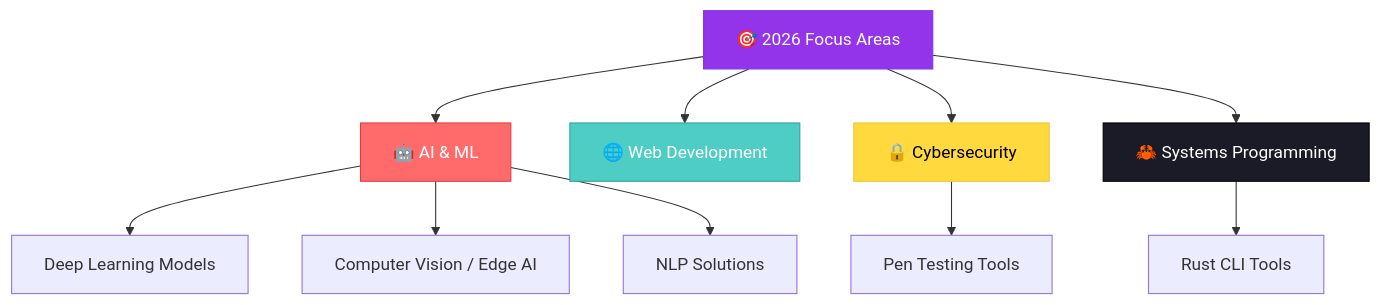
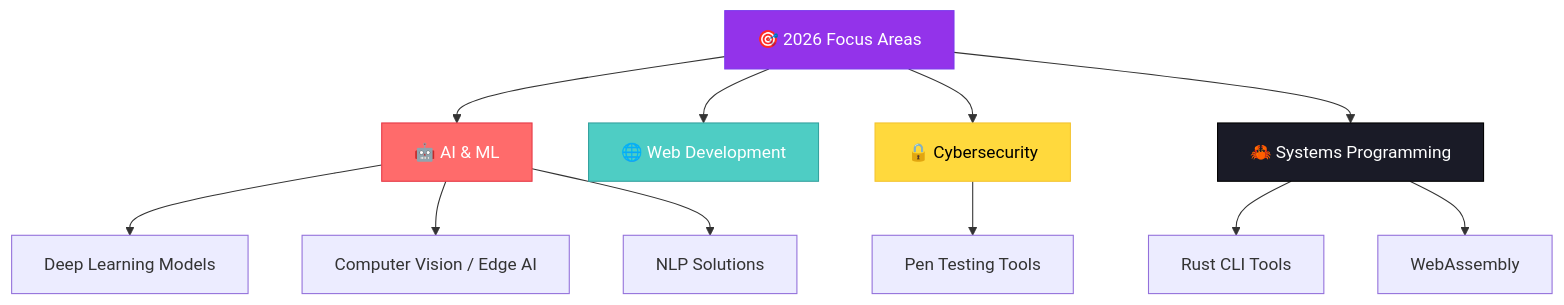
One commit to Ali-hey-0/Ali-hey-0 changed the diagram in README.md. Above: the diagram before and after it, drawn with Mermaid. The commit also changed other lines of this file, not shown here.

````diff
--- a/README.md
+++ b/README.md
@@ -217,21 +239,22 @@
 ```mermaid
 graph TB
     A[🎯 2026 Focus Areas] --> B[🤖 AI & ML]
     A --> C[🌐 Web Development]
     A --> D[🔒 Cybersecurity]
     A --> E[🦀 Systems Programming]
 
     B --> B1[Deep Learning Models]
     B --> B2[Computer Vision / Edge AI]
     B --> B3[NLP Solutions]
 
     D --> D1[Pen Testing Tools]
 
     E --> E1[Rust CLI Tools]
+    E --> E2[WebAssembly]
 
     style A fill:#9333EA,stroke:#7C3AED,color:#fff
     style B fill:#FF6B6B,stroke:#E63946,color:#fff
     style C fill:#4ECDC4,stroke:#35A29F,color:#fff
     style D fill:#FFD93D,stroke:#F4C430,color:#000
     style E fill:#1A1B27,stroke:#000000,color:#fff
 ```
````
